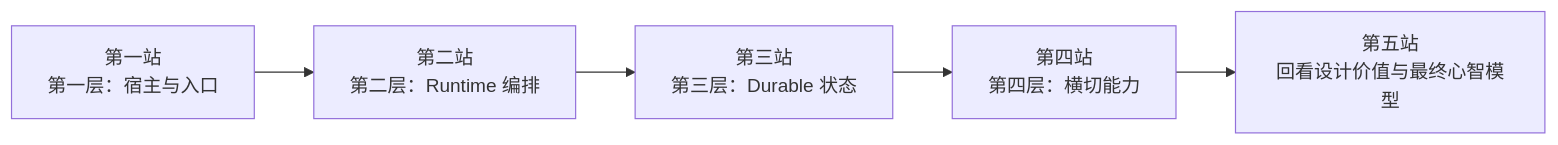
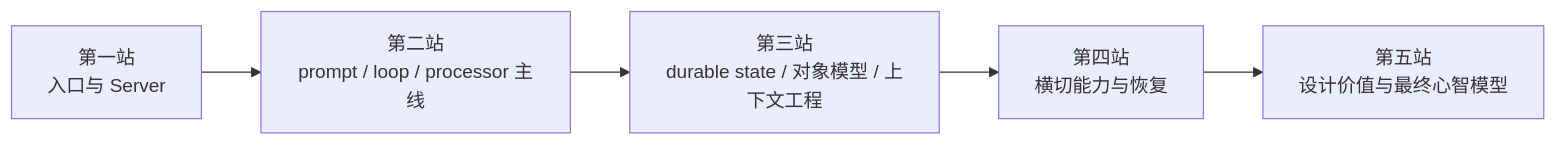
The diagram in opencode_kickoff/18-reading-path.md (feuyeux/agent-study), drawn with Mermaid before and after one commit. The commit also changed other lines of this file and 10 other files, not shown here.

````diff
--- a/opencode_kickoff/18-reading-path.md
+++ b/opencode_kickoff/18-reading-path.md
@@ -9,7 +13,7 @@
 ```mermaid
 flowchart LR
-    P1["第一站<br/>第一层：宿主与入口"] --> P2["第二站<br/>第二层：Runtime 编排"]
-    P2 --> P3["第三站<br/>第三层：Durable 状态"]
-    P3 --> P4["第四站<br/>第四层：横切能力"]
-    P4 --> P5["第五站<br/>回看设计价值与最终心智模型"]
+    P1["第一站<br/>入口与 Server"] --> P2["第二站<br/>prompt / loop / processor 主线"]
+    P2 --> P3["第三站<br/>durable state / 对象模型 / 上下文工程"]
+    P3 --> P4["第四站<br/>横切能力与恢复"]
+    P4 --> P5["第五站<br/>设计价值与最终心智模型"]
 ```
````
